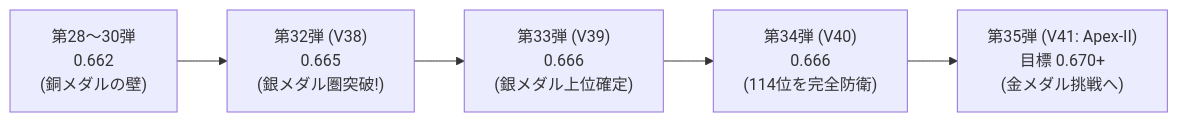
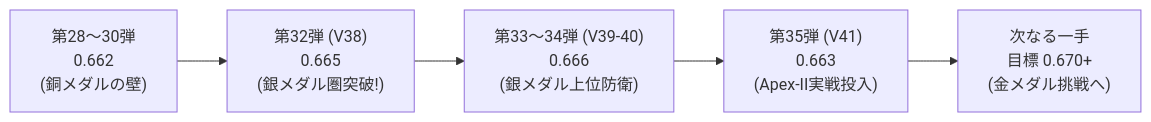
The second of 3 diagrams in docs/name_that_llm_comprehensive_guide.md (chiba244qq/name-that-llm-dashboard), drawn with Mermaid before and after one commit. The commit also changed other lines of this file and 1 other file, not shown here.

````diff
--- a/docs/name_that_llm_comprehensive_guide.md
+++ b/docs/name_that_llm_comprehensive_guide.md
@@ -152,7 +258,7 @@
 ```mermaid
 flowchart LR
     A["第28〜30弾<br>0.662<br>(銅メダルの壁)"] --> B["第32弾 (V38)<br>0.665<br>(銀メダル圏突破!)"]
-    B --> C["第33弾 (V39)<br>0.666<br>(銀メダル上位確定)"]
-    C --> D["第34弾 (V40)<br>0.666<br>(114位を完全防衛)"]
-    D --> E["第35弾 (V41: Apex-II)<br>目標 0.670+<br>(金メダル挑戦へ)"]
+    B --> C["第33〜34弾 (V39-40)<br>0.666<br>(銀メダル上位防衛)"]
+    C --> D["第35弾 (V41)<br>0.663<br>(Apex-II実戦投入)"]
+    D --> E["次なる一手<br>目標 0.670+<br>(金メダル挑戦へ)"]
 ```
````
